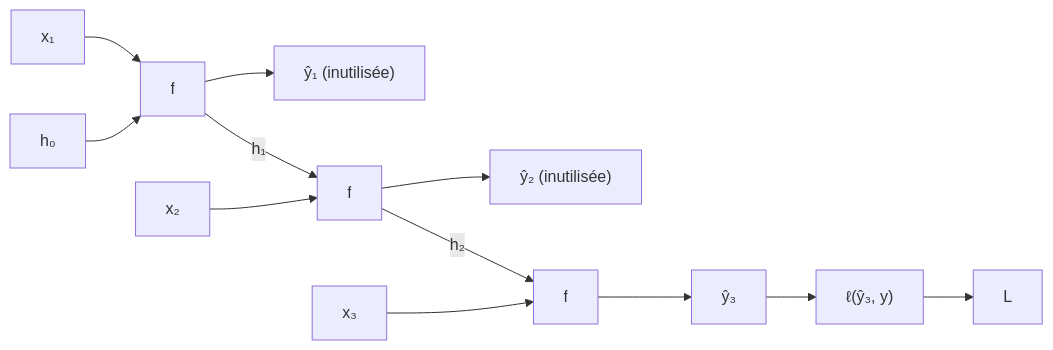
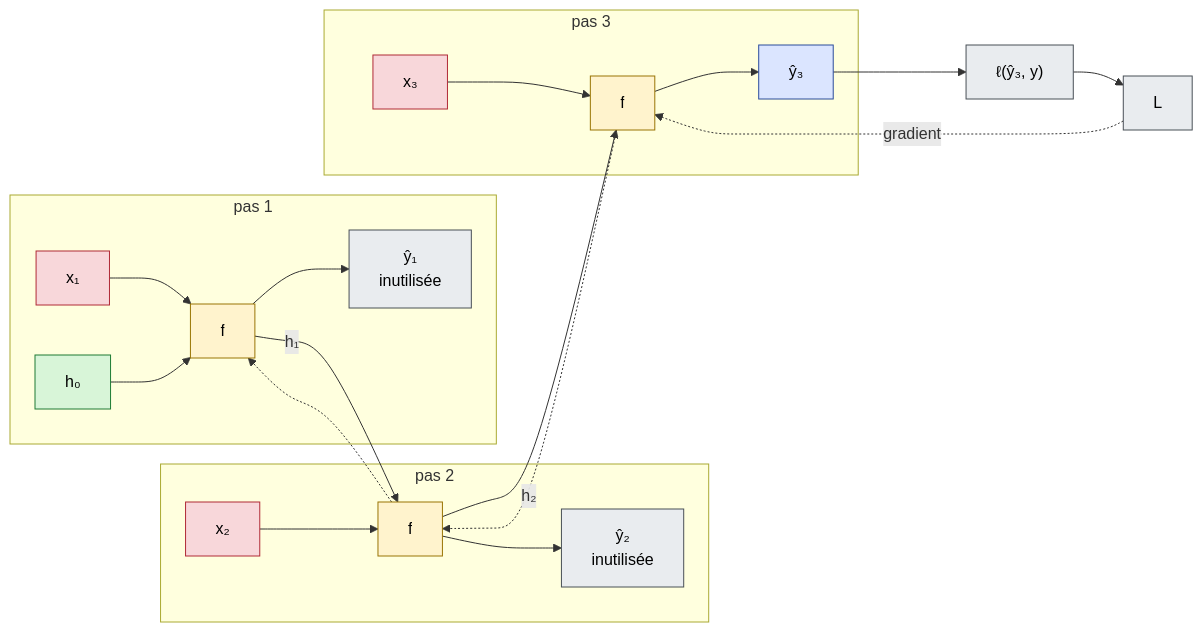
The first of 2 diagrams in Machine Learning/Rétropropagation dans le temps.md (HydraaaNF/Obsidian-sciences-notes), drawn with Mermaid before and after one commit. The commit also changed other lines of this file and 7 other files, not shown here.

````diff
--- a/Machine Learning/Rétropropagation dans le temps.md
+++ b/Machine Learning/Rétropropagation dans le temps.md
@@ -29,14 +29,34 @@
 ```mermaid
 flowchart LR
-    x1["x₁"] --> f1["f"]
-    h0["h₀"] --> f1
-    f1 --> y1["ŷ₁ (inutilisée)"]
-    x2["x₂"] --> f2["f"]
+    subgraph S1["pas 1"]
+        x1["x₁"] --> f1["f"]
+        h0["h₀"] --> f1
+        f1 --> y1["ŷ₁<br/>inutilisée"]
+    end
+    subgraph S2["pas 2"]
+        x2["x₂"] --> f2["f"]
+        f2 --> y2["ŷ₂<br/>inutilisée"]
+    end
+    subgraph S3["pas 3"]
+        x3["x₃"] --> f3["f"]
+        f3 --> y3["ŷ₃"]
+    end
     f1 -->|"h₁"| f2
-    f2 --> y2["ŷ₂ (inutilisée)"]
-    x3["x₃"] --> f3["f"]
     f2 -->|"h₂"| f3
-    f3 --> y3["ŷ₃"]
     y3 --> loss["ℓ(ŷ₃, y)"]
-    loss --> l["L"]
+    loss --> L["L"]
+    L -.->|"gradient"| f3
+    f3 -.-> f2
+    f2 -.-> f1
+    classDef entree fill:#f8d7da,stroke:#b02a37,color:#000
+    classDef memoire fill:#d8f5d8,stroke:#1e7b34,color:#000
+    classDef sortie fill:#dbe5ff,stroke:#2b4c9b,color:#000
+    classDef perte fill:#e9ecef,stroke:#495057,color:#000
+    classDef calcul fill:#fff3cd,stroke:#997404,color:#000
+    class x1,x2,x3 entree
+    class h0 memoire
+    class f1,f2,f3 calcul
+    class y1,y2 perte
+    class y3 sortie
+    class loss,L perte
 ```
````
